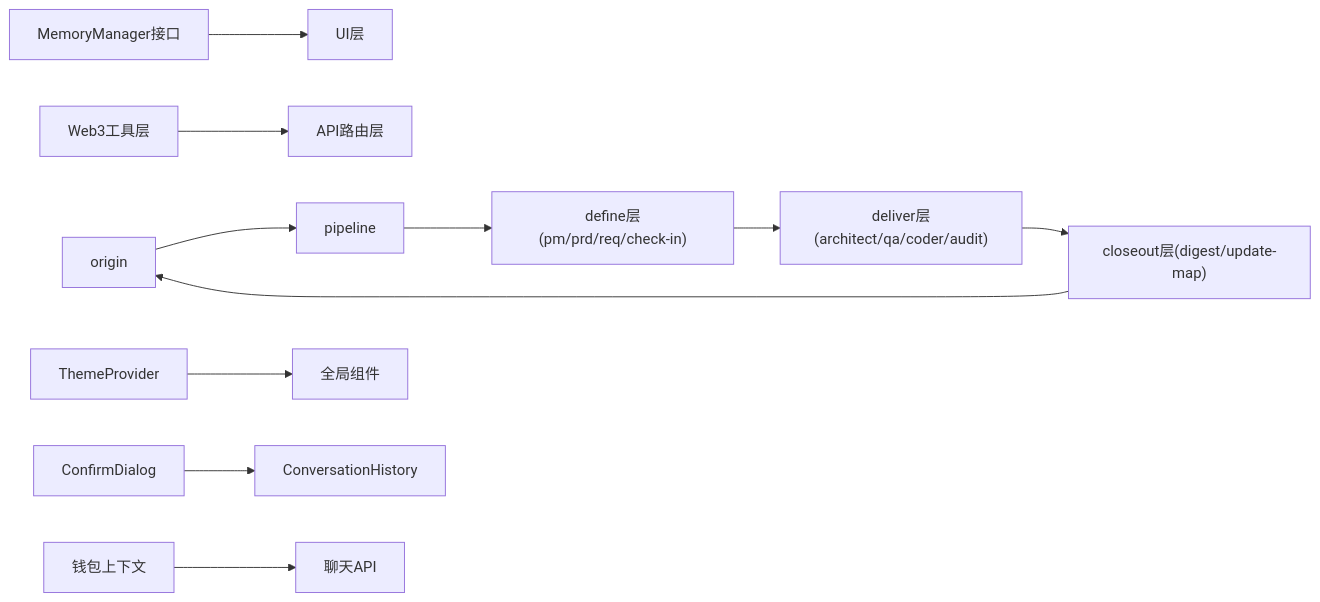
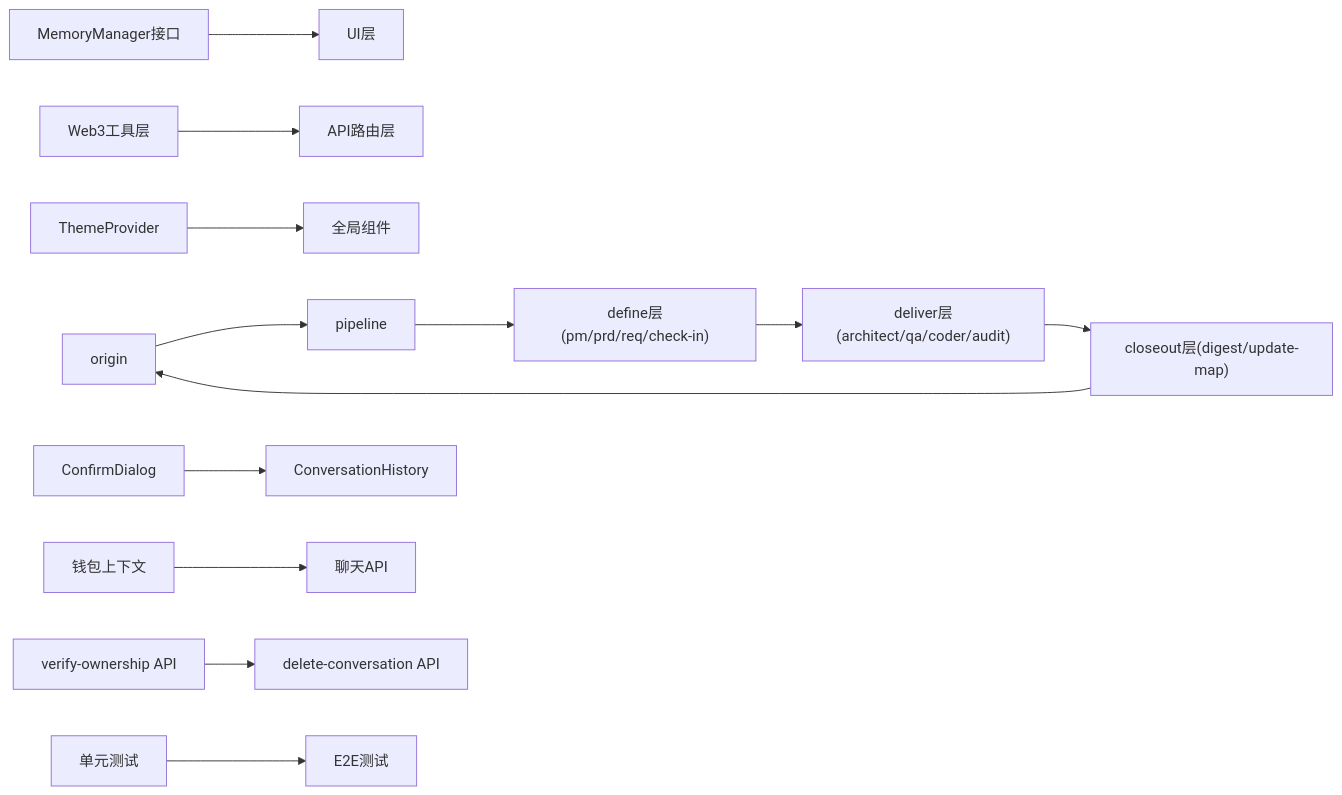
Diagram 11 of 11 in .qoder/repowiki/zh/content/技能系统架构/技能系统架构.md (CryptoLinxu/Web3-AI-Agent), drawn with Mermaid before and after one commit. The commit also changed other lines of this file and 8 other files, not shown here.

````diff
--- a/.qoder/repowiki/zh/content/技能系统架构/技能系统架构.md
+++ b/.qoder/repowiki/zh/content/技能系统架构/技能系统架构.md
@@ -944,13 +1131,15 @@
 ```mermaid
 graph LR
 OR["origin"] --> PL["pipeline"]
 PL --> DEF["define层(pm/prd/req/check-in)"]
 DEF --> DEL["deliver层(architect/qa/coder/audit)"]
 DEL --> CL["closeout层(digest/update-map)"]
 CL --> OR
 MM["MemoryManager接口"] --> UI["UI层"]
 WT["Web3工具层"] --> API["API路由层"]
 TP["ThemeProvider"] --> GC["全局组件"]
 CD["ConfirmDialog"] --> CH["ConversationHistory"]
 WC["钱包上下文"] --> CA["聊天API"]
+VO["verify-ownership API"] --> DC["delete-conversation API"]
+UT["单元测试"] --> ET["E2E测试"]
 ```
````
